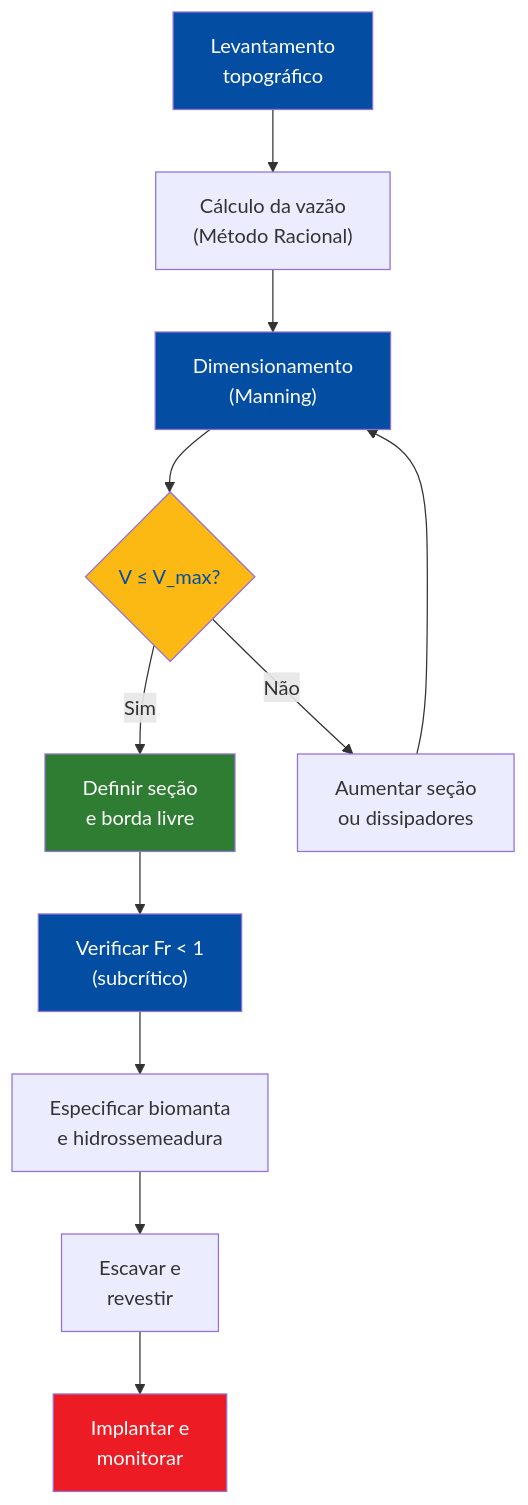
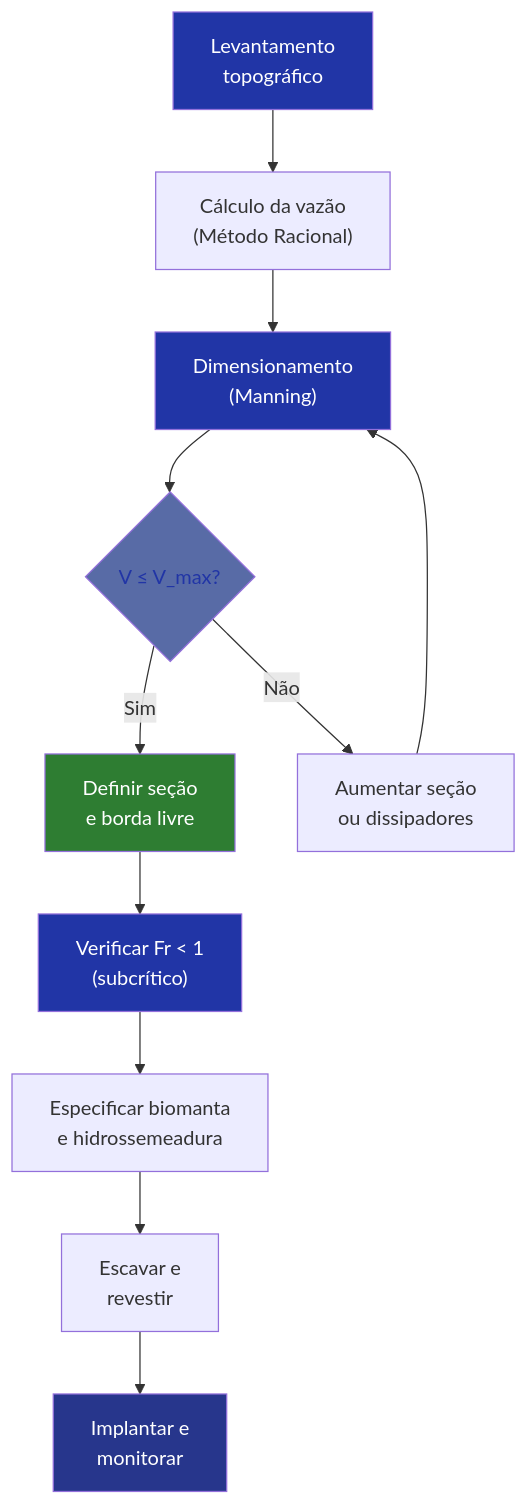
One commit to ldvsantos/cv changed the fifth of 5 diagrams in aulas/bioengenharia_de_solos/aulas/canaleta_verde/canaleta_verde.qmd. Above: the diagram before and after it, drawn with Mermaid. The commit also changed other lines of this file and 466 other files, not shown here.

````diff
--- a/aulas/bioengenharia_de_solos/aulas/canaleta_verde/canaleta_verde.qmd
+++ b/aulas/bioengenharia_de_solos/aulas/canaleta_verde/canaleta_verde.qmd
@@ -957,21 +955,21 @@
 ```{mermaid}
 %%| fig-width: 5
 flowchart TD
     A["Levantamento<br>topográfico"] --> B["Cálculo da vazão<br>(Método Racional)"]
     B --> C["Dimensionamento<br>(Manning)"]
     C --> D{"V ≤ V_max?"}
     D -->|Sim| E["Definir seção<br>e borda livre"]
     D -->|Não| F["Aumentar seção<br>ou dissipadores"]
     F --> C
     E --> G["Verificar Fr < 1<br>(subcrítico)"]
     G --> H["Especificar biomanta<br>e hidrossemeadura"]
     H --> I["Escavar e<br>revestir"]
     I --> J["Implantar e<br>monitorar"]
 
-    style A fill:#034EA2,color:#fff
-    style C fill:#034EA2,color:#fff
-    style D fill:#FDB913,color:#034EA2
+    style A fill:#2135A6,color:#fff
+    style C fill:#2135A6,color:#fff
+    style D fill:#586BA6,color:#2135A6
     style E fill:#2E7D32,color:#fff
-    style G fill:#034EA2,color:#fff
-    style J fill:#ED1C24,color:#fff
+    style G fill:#2135A6,color:#fff
+    style J fill:#27368C,color:#fff
 ```
````
